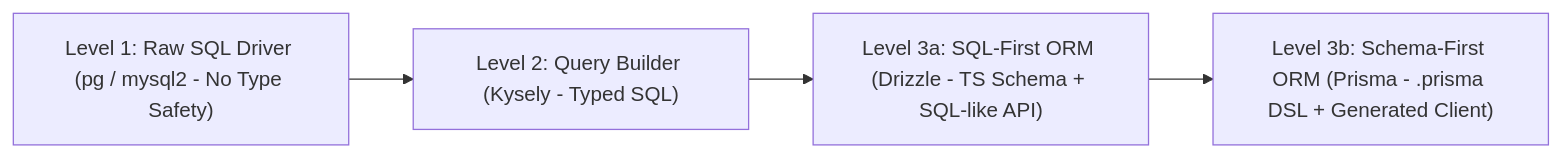
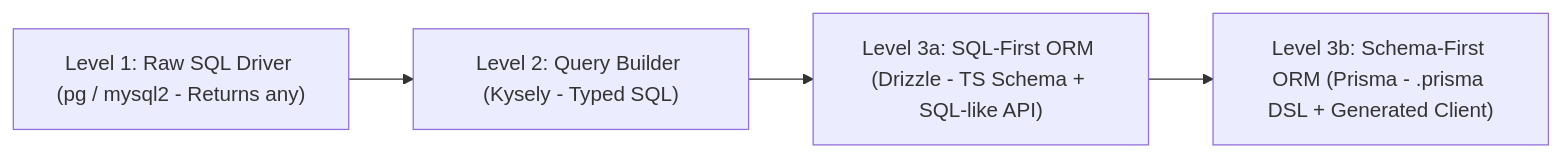
Before and after one commit to amitsk/typescript-development-env: the first of 2 diagrams in 11-databases.md, drawn with Mermaid. The commit also changed other lines of this file and 18 other files, not shown here.

````diff
--- a/11-databases.md
+++ b/11-databases.md
@@ -47,6 +13,6 @@
 ```mermaid
 flowchart LR
-    Raw["Level 1: Raw SQL Driver (pg / mysql2 - No Type Safety)"] --> QB["Level 2: Query Builder (Kysely - Typed SQL)"]
+    Raw["Level 1: Raw SQL Driver (pg / mysql2 - Returns any)"] --> QB["Level 2: Query Builder (Kysely - Typed SQL)"]
     QB --> Drizzle["Level 3a: SQL-First ORM (Drizzle - TS Schema + SQL-like API)"]
     Drizzle --> Prisma["Level 3b: Schema-First ORM (Prisma - .prisma DSL + Generated Client)"]
 ```
````
